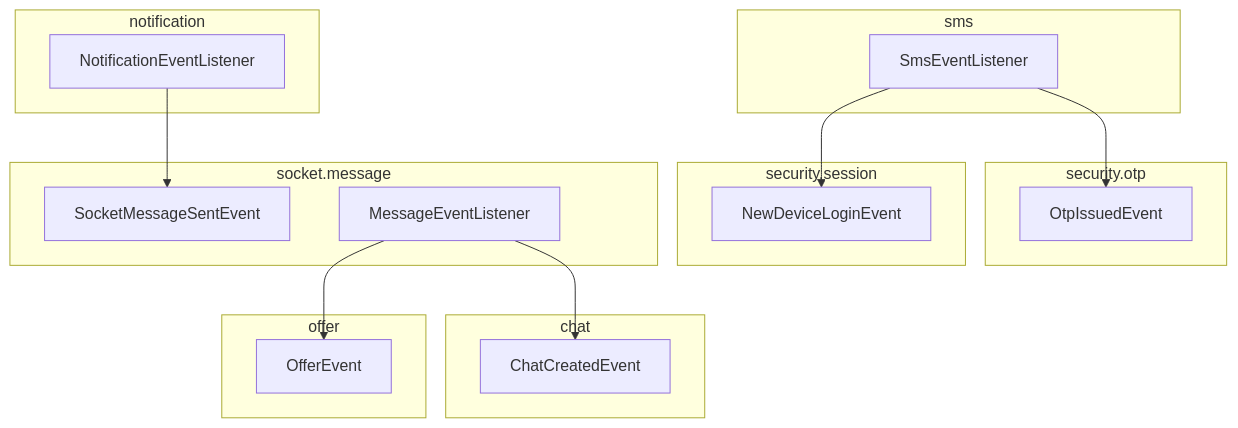
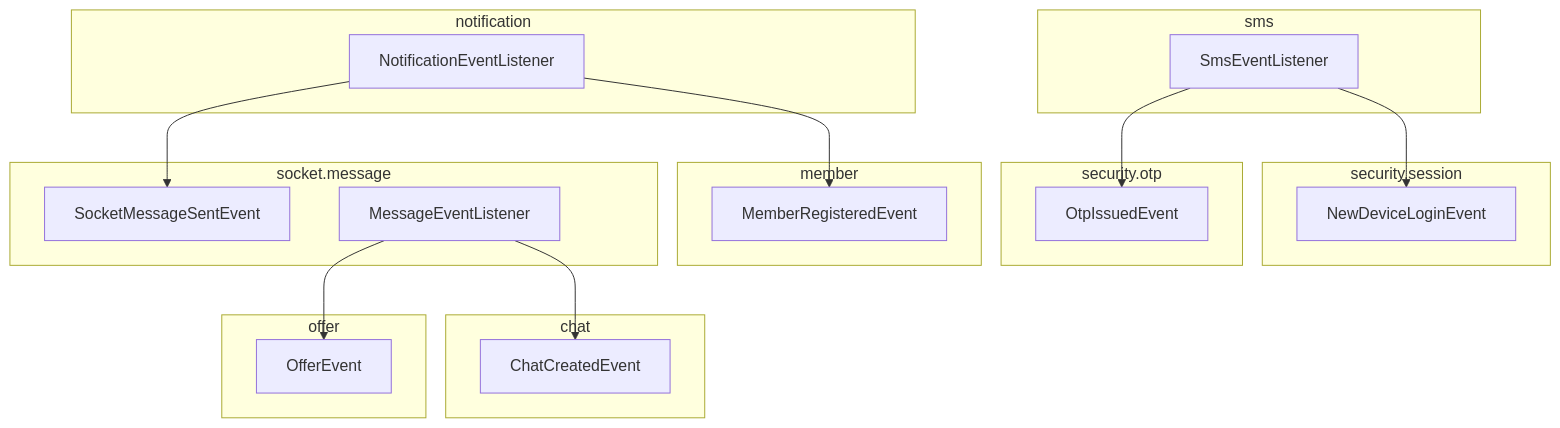
Before and after one commit to mortonCareer/bconnect: the third of 3 diagrams in apps/api/docs/project-structure.md, drawn with Mermaid. The commit also changed other lines of this file and 111 other files, not shown here.

````diff
--- a/apps/api/docs/project-structure.md
+++ b/apps/api/docs/project-structure.md
@@ -90,30 +90,34 @@
 ```mermaid
 graph TD
   subgraph chat
     ChatCreatedE[ChatCreatedEvent]
   end
   subgraph offer
     OfferE[OfferEvent]
+  end
+  subgraph member
+    MemberE[MemberRegisteredEvent]
   end
   subgraph sms
     SmsL[SmsEventListener]
   end
   subgraph security.otp
     OtpE[OtpIssuedEvent]
   end
   subgraph security.session
     LoginE[NewDeviceLoginEvent]
   end
   subgraph socket.message
     ChatMsgE[SocketMessageSentEvent]
     MsgL[MessageEventListener]
   end
   subgraph notification
     NotiL[NotificationEventListener]
   end
   MsgL --> OfferE
   MsgL --> ChatCreatedE
   SmsL --> OtpE
   SmsL --> LoginE
   NotiL --> ChatMsgE
+  NotiL --> MemberE
 ```
````
